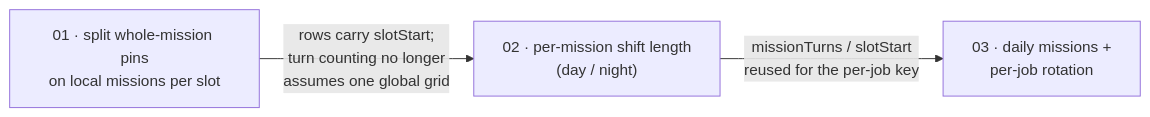
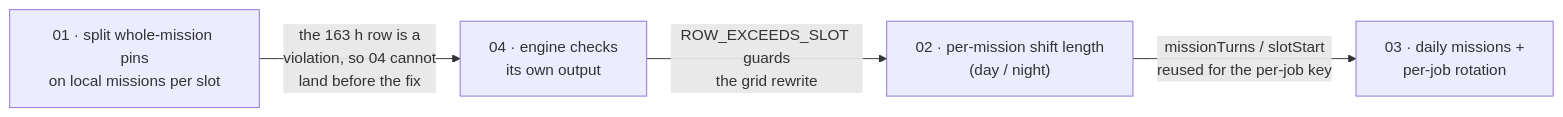
The diagram in docs/plans/README.md (barakplasma/guard), drawn with Mermaid before and after one commit. The commit also changed other lines of this file and 1 other file, not shown here.

First line of the commit message:
Plan the engine checking its own output

````diff
--- a/docs/plans/README.md
+++ b/docs/plans/README.md
@@ -34,8 +36,10 @@
 ```mermaid
 flowchart LR
   P1["01 · split whole-mission pins<br/>on local missions per slot"]
+  P4["04 · engine checks<br/>its own output"]
   P2["02 · per-mission shift length<br/>(day / night)"]
   P3["03 · daily missions +<br/>per-job rotation"]
-  P1 -->|"rows carry slotStart;<br/>turn counting no longer<br/>assumes one global grid"| P2
+  P1 -->|"the 163 h row is a<br/>violation, so 04 cannot<br/>land before the fix"| P4
+  P4 -->|"ROW_EXCEEDS_SLOT guards<br/>the grid rewrite"| P2
   P2 -->|"missionTurns / slotStart<br/>reused for the per-job key"| P3
 ```
````
